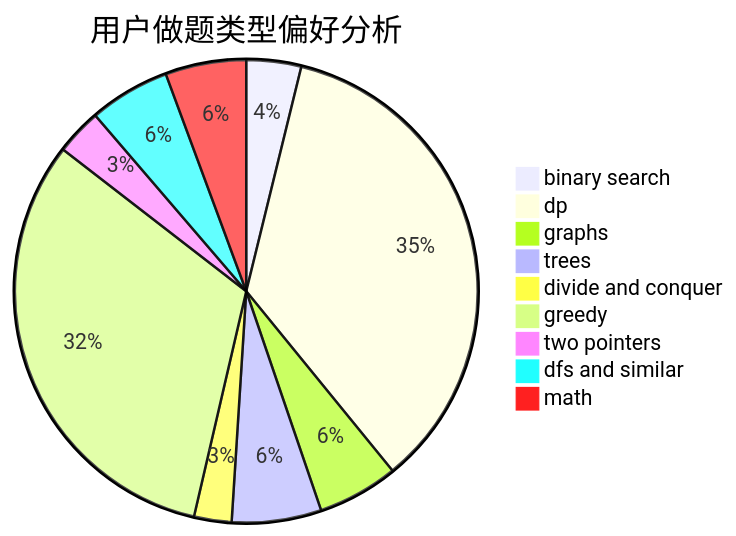
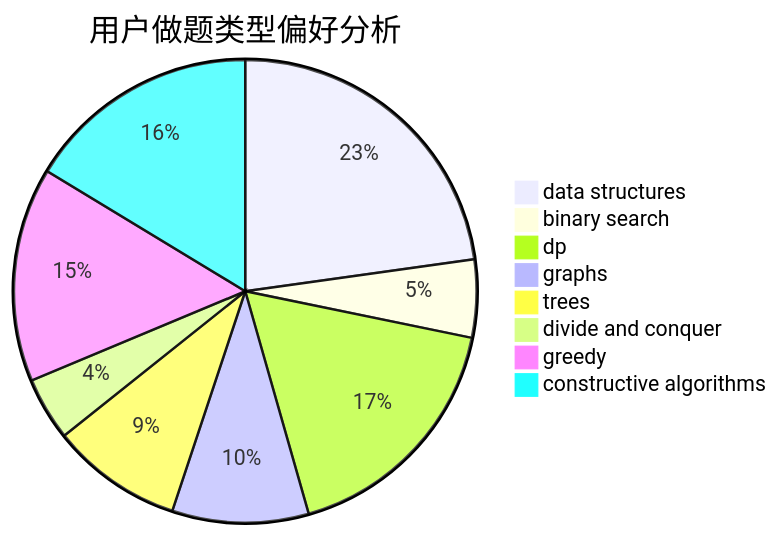
One commit to sherpahu/cfrs.github.io changed the second of 3 diagrams in docs/user/u2460.md. Above: the diagram before and after it, drawn with Mermaid. The commit also changed other lines of this file and 2775 other files, not shown here.

````diff
--- a/docs/user/u2460.md
+++ b/docs/user/u2460.md
@@ -23,12 +23,11 @@
 ```mermaid
 pie title 用户做题类型偏好分析
-    "binary search" :  19
-    "dp" :  175
+    "data structures" :  67
+    "binary search" :  16
+    "dp" :  51
     "graphs" :  28
-    "trees" :  31
+    "trees" :  27
     "divide and conquer" :  13
-    "greedy" :  158
-    "two pointers" :  16
-    "dfs and similar" :  28
-    "math" :  28
+    "greedy" :  44
+    "constructive algorithms" :  48
 ```
````
